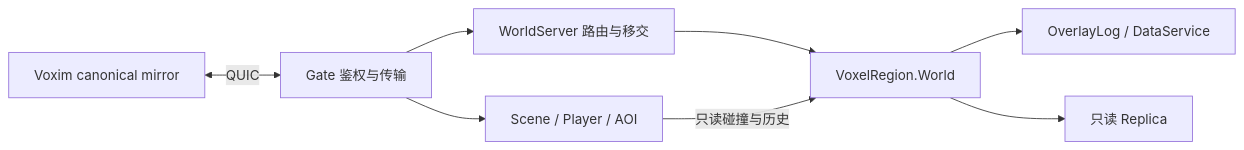
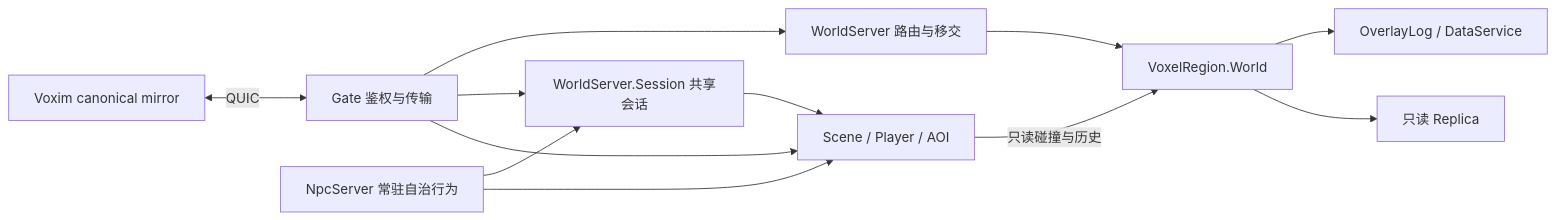
Before and after one commit to dyzdyz010/ex_mmo_cluster: the diagram in docs/00-current-truth/design/server/voxim-runtime.md, drawn with Mermaid. The commit also changed other lines of this file and 217 other files, not shown here.

````diff
--- a/docs/00-current-truth/design/server/voxim-runtime.md
+++ b/docs/00-current-truth/design/server/voxim-runtime.md
@@ -16,10 +17,14 @@
 ```mermaid
 flowchart LR
   Client[Voxim canonical mirror] <-->|QUIC| Gate[Gate 鉴权与传输]
   Gate --> Route[WorldServer 路由与移交]
+  Gate --> Session[WorldServer.Session 共享会话]
+  NPC[NpcServer 常驻自治行为] --> Session
+  NPC --> Movement
+  Session --> Movement
   Gate --> Movement[Scene / Player / AOI]
   Route --> Authority[VoxelRegion.World]
   Movement -->|只读碰撞与历史| Authority
   Authority --> Log[OverlayLog / DataService]
   Authority --> Replica[只读 Replica]
 ```
````
